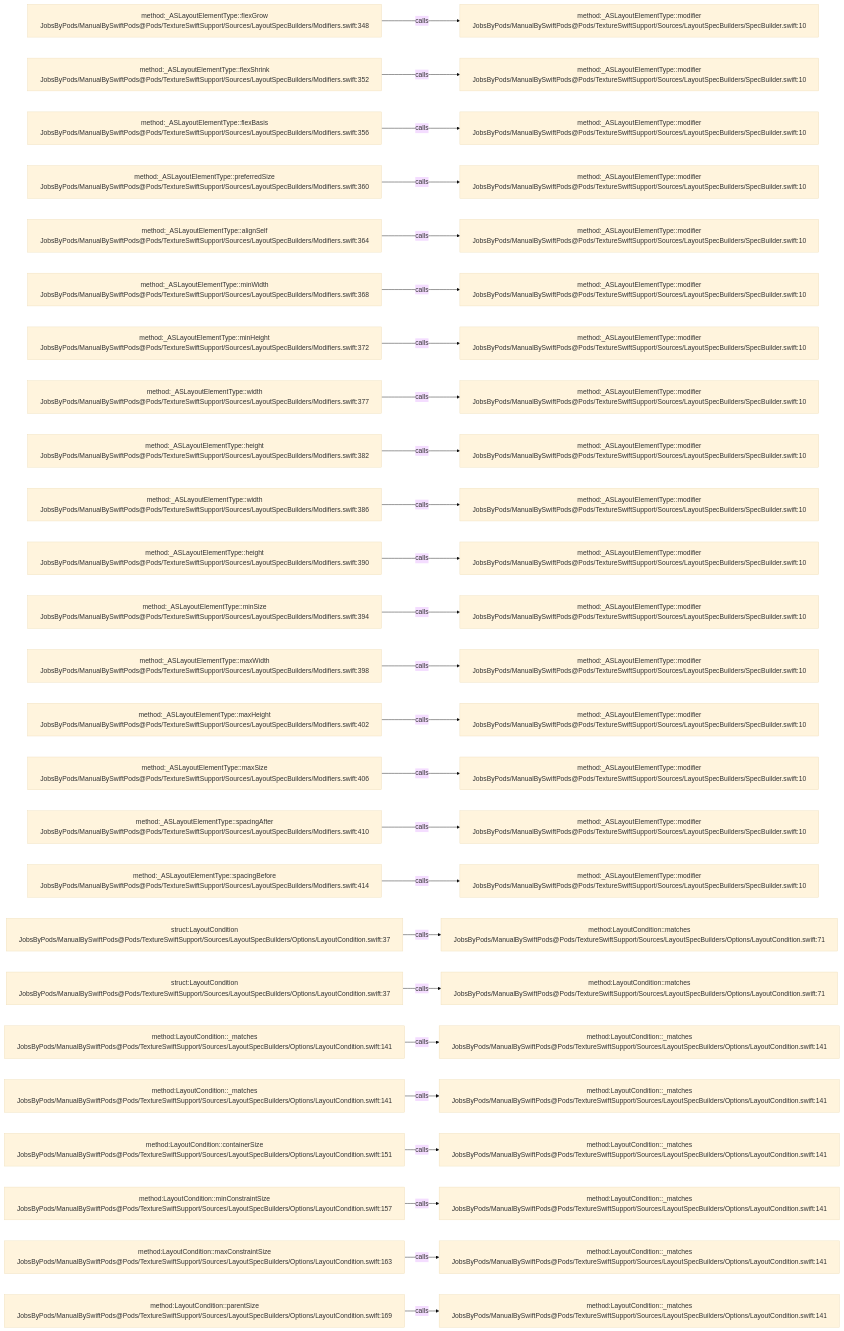
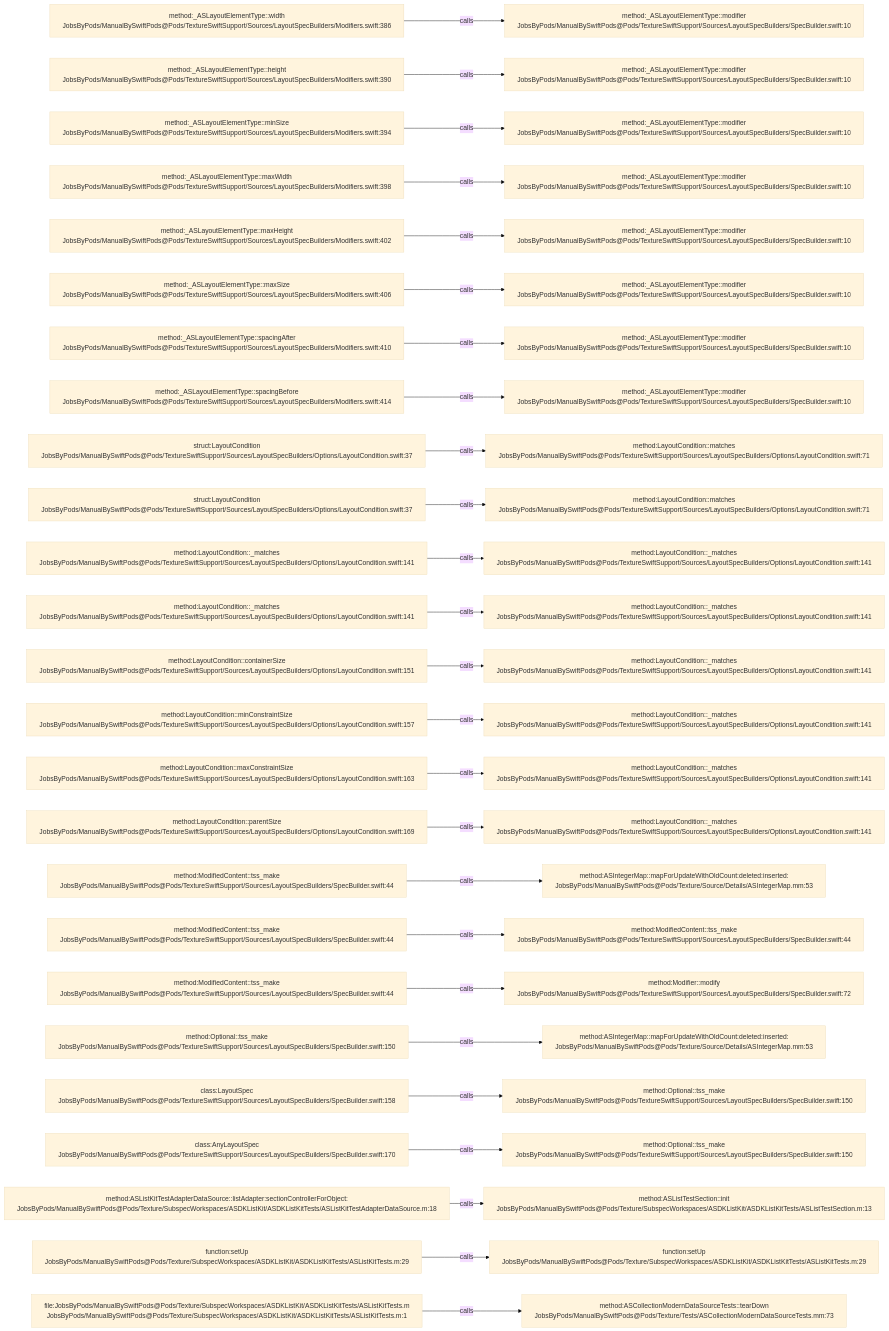
The diagram in .codegraph/codegraph.md/graphs/calls-159.md (JobsKits/JobsSwiftBaseConfigDemo), drawn with Mermaid (base theme) before and after one commit. The commit also changed 707 other files, not shown here.

````diff
--- a/.codegraph/codegraph.md/graphs/calls-159.md
+++ b/.codegraph/codegraph.md/graphs/calls-159.md
@@ -13,78 +13,78 @@
 ```mermaid
 flowchart LR
-  S1["method:_ASLayoutElementType::flexGrow<br/>JobsByPods/ManualBySwiftPods@Pods/TextureSwiftSupport/Sources/LayoutSpecBuilders/Modifiers.swift:348"]
+  S1["method:_ASLayoutElementType::width<br/>JobsByPods/ManualBySwiftPods@Pods/TextureSwiftSupport/Sources/LayoutSpecBuilders/Modifiers.swift:386"]
   T1["method:_ASLayoutElementType::modifier<br/>JobsByPods/ManualBySwiftPods@Pods/TextureSwiftSupport/Sources/LayoutSpecBuilders/SpecBuilder.swift:10"]
   S1 -->|calls| T1
-  S2["method:_ASLayoutElementType::flexShrink<br/>JobsByPods/ManualBySwiftPods@Pods/TextureSwiftSupport/Sources/LayoutSpecBuilders/Modifiers.swift:352"]
+  S2["method:_ASLayoutElementType::height<br/>JobsByPods/ManualBySwiftPods@Pods/TextureSwiftSupport/Sources/LayoutSpecBuilders/Modifiers.swift:390"]
   T2["method:_ASLayoutElementType::modifier<br/>JobsByPods/ManualBySwiftPods@Pods/TextureSwiftSupport/Sources/LayoutSpecBuilders/SpecBuilder.swift:10"]
   S2 -->|calls| T2
-  S3["method:_ASLayoutElementType::flexBasis<br/>JobsByPods/ManualBySwiftPods@Pods/TextureSwiftSupport/Sources/LayoutSpecBuilders/Modifiers.swift:356"]
+  S3["method:_ASLayoutElementType::minSize<br/>JobsByPods/ManualBySwiftPods@Pods/TextureSwiftSupport/Sources/LayoutSpecBuilders/Modifiers.swift:394"]
   T3["method:_ASLayoutElementType::modifier<br/>JobsByPods/ManualBySwiftPods@Pods/TextureSwiftSupport/Sources/LayoutSpecBuilders/SpecBuilder.swift:10"]
   S3 -->|calls| T3
-  S4["method:_ASLayoutElementType::preferredSize<br/>JobsByPods/ManualBySwiftPods@Pods/TextureSwiftSupport/Sources/LayoutSpecBuilders/Modifiers.swift:360"]
+  S4["method:_ASLayoutElementType::maxWidth<br/>JobsByPods/ManualBySwiftPods@Pods/TextureSwiftSupport/Sources/LayoutSpecBuilders/Modifiers.swift:398"]
   T4["method:_ASLayoutElementType::modifier<br/>JobsByPods/ManualBySwiftPods@Pods/TextureSwiftSupport/Sources/LayoutSpecBuilders/SpecBuilder.swift:10"]
   S4 -->|calls| T4
-  S5["method:_ASLayoutElementType::alignSelf<br/>JobsByPods/ManualBySwiftPods@Pods/TextureSwiftSupport/Sources/LayoutSpecBuilders/Modifiers.swift:364"]
+  S5["method:_ASLayoutElementType::maxHeight<br/>JobsByPods/ManualBySwiftPods@Pods/TextureSwiftSupport/Sources/LayoutSpecBuilders/Modifiers.swift:402"]
   T5["method:_ASLayoutElementType::modifier<br/>JobsByPods/ManualBySwiftPods@Pods/TextureSwiftSupport/Sources/LayoutSpecBuilders/SpecBuilder.swift:10"]
   S5 -->|calls| T5
-  S6["method:_ASLayoutElementType::minWidth<br/>JobsByPods/ManualBySwiftPods@Pods/TextureSwiftSupport/Sources/LayoutSpecBuilders/Modifiers.swift:368"]
+  S6["method:_ASLayoutElementType::maxSize<br/>JobsByPods/ManualBySwiftPods@Pods/TextureSwiftSupport/Sources/LayoutSpecBuilders/Modifiers.swift:406"]
   T6["method:_ASLayoutElementType::modifier<br/>JobsByPods/ManualBySwiftPods@Pods/TextureSwiftSupport/Sources/LayoutSpecBuilders/SpecBuilder.swift:10"]
   S6 -->|calls| T6
-  S7["method:_ASLayoutElementType::minHeight<br/>JobsByPods/ManualBySwiftPods@Pods/TextureSwiftSupport/Sources/LayoutSpecBuilders/Modifiers.swift:372"]
+  S7["method:_ASLayoutElementType::spacingAfter<br/>JobsByPods/ManualBySwiftPods@Pods/TextureSwiftSupport/Sources/LayoutSpecBuilders/Modifiers.swift:410"]
   T7["method:_ASLayoutElementType::modifier<br/>JobsByPods/ManualBySwiftPods@Pods/TextureSwiftSupport/Sources/LayoutSpecBuilders/SpecBuilder.swift:10"]
   S7 -->|calls| T7
-  S8["method:_ASLayoutElementType::width<br/>JobsByPods/ManualBySwiftPods@Pods/TextureSwiftSupport/Sources/LayoutSpecBuilders/Modifiers.swift:377"]
+  S8["method:_ASLayoutElementType::spacingBefore<br/>JobsByPods/ManualBySwiftPods@Pods/TextureSwiftSupport/Sources/LayoutSpecBuilders/Modifiers.swift:414"]
   T8["method:_ASLayoutElementType::modifier<br/>JobsByPods/ManualBySwiftPods@Pods/TextureSwiftSupport/Sources/LayoutSpecBuilders/SpecBuilder.swift:10"]
   S8 -->|calls| T8
-  S9["method:_ASLayoutElementType::height<br/>JobsByPods/ManualBySwiftPods@Pods/TextureSwiftSupport/Sources/LayoutSpecBuilders/Modifiers.swift:382"]
-  T9["method:_ASLayoutElementType::modifier<br/>JobsByPods/ManualBySwiftPods@Pods/TextureSwiftSupport/Sources/LayoutSpecBuilders/SpecBuilder.swift:10"]
+  S9["struct:LayoutCondition<br/>JobsByPods/ManualBySwiftPods@Pods/TextureSwiftSupport/Sources/LayoutSpecBuilders/Options/LayoutCondition.swift:37"]
+  T9["method:LayoutCondition::matches<br/>JobsByPods/ManualBySwiftPods@Pods/TextureSwiftSupport/Sources/LayoutSpecBuilders/Options/LayoutCondition.swift:71"]
   S9 -->|calls| T9
-  S10["method:_ASLayoutElementType::width<br/>JobsByPods/ManualBySwiftPods@Pods/TextureSwiftSupport/Sources/LayoutSpecBuilders/Modifiers.swift:386"]
-  T10["method:_ASLayoutElementType::modifier<br/>JobsByPods/ManualBySwiftPods@Pods/TextureSwiftSupport/Sources/LayoutSpecBuilders/SpecBuilder.swift:10"]
+  S10["struct:LayoutCondition<br/>JobsByPods/ManualBySwiftPods@Pods/TextureSwiftSupport/Sources/LayoutSpecBuilders/Options/LayoutCondition.swift:37"]
+  T10["method:LayoutCondition::matches<br/>JobsByPods/ManualBySwiftPods@Pods/TextureSwiftSupport/Sources/LayoutSpecBuilders/Options/LayoutCondition.swift:71"]
   S10 -->|calls| T10
-  S11["method:_ASLayoutElementType::height<br/>JobsByPods/ManualBySwiftPods@Pods/TextureSwiftSupport/Sources/LayoutSpecBuilders/Modifiers.swift:390"]
-  T11["method:_ASLayoutElementType::modifier<br/>JobsByPods/ManualBySwiftPods@Pods/TextureSwiftSupport/Sources/LayoutSpecBuilders/SpecBuilder.swift:10"]
+  S11["method:LayoutCondition::_matches<br/>JobsByPods/ManualBySwiftPods@Pods/TextureSwiftSupport/Sources/LayoutSpecBuilders/Options/LayoutCondition.swift:141"]
+  T11["method:LayoutCondition::_matches<br/>JobsByPods/ManualBySwiftPods@Pods/TextureSwiftSupport/Sources/LayoutSpecBuilders/Options/LayoutCondition.swift:141"]
   S11 -->|calls| T11
-  S12["method:_ASLayoutElementType::minSize<br/>JobsByPods/ManualBySwiftPods@Pods/TextureSwiftSupport/Sources/LayoutSpecBuilders/Modifiers.swift:394"]
-  T12["method:_ASLayoutElementType::modifier<br/>JobsByPods/ManualBySwiftPods@Pods/TextureSwiftSupport/Sources/LayoutSpecBuilders/SpecBuilder.swift:10"]
+  S12["method:LayoutCondition::_matches<br/>JobsByPods/ManualBySwiftPods@Pods/TextureSwiftSupport/Sources/LayoutSpecBuilders/Options/LayoutCondition.swift:141"]
+  T12["method:LayoutCondition::_matches<br/>JobsByPods/ManualBySwiftPods@Pods/TextureSwiftSupport/Sources/LayoutSpecBuilders/Options/LayoutCondition.swift:141"]
   S12 -->|calls| T12
-  S13["method:_ASLayoutElementType::maxWidth<br/>JobsByPods/ManualBySwiftPods@Pods/TextureSwiftSupport/Sources/LayoutSpecBuilders/Modifiers.swift:398"]
-  T13["method:_ASLayoutElementType::modifier<br/>JobsByPods/ManualBySwiftPods@Pods/TextureSwiftSupport/Sources/LayoutSpecBuilders/SpecBuilder.swift:10"]
+  S13["method:LayoutCondition::containerSize<br/>JobsByPods/ManualBySwiftPods@Pods/TextureSwiftSupport/Sources/LayoutSpecBuilders/Options/LayoutCondition.swift:151"]
+  T13["method:LayoutCondition::_matches<br/>JobsByPods/ManualBySwiftPods@Pods/TextureSwiftSupport/Sources/LayoutSpecBuilders/Options/LayoutCondition.swift:141"]
   S13 -->|calls| T13
-  S14["method:_ASLayoutElementType::maxHeight<br/>JobsByPods/ManualBySwiftPods@Pods/TextureSwiftSupport/Sources/LayoutSpecBuilders/Modifiers.swift:402"]
-  T14["method:_ASLayoutElementType::modifier<br/>JobsByPods/ManualBySwiftPods@Pods/TextureSwiftSupport/Sources/LayoutSpecBuilders/SpecBuilder.swift:10"]
+  S14["method:LayoutCondition::minConstraintSize<br/>JobsByPods/ManualBySwiftPods@Pods/TextureSwiftSupport/Sources/LayoutSpecBuilders/Options/LayoutCondition.swift:157"]
+  T14["method:LayoutCondition::_matches<br/>JobsByPods/ManualBySwiftPods@Pods/TextureSwiftSupport/Sources/LayoutSpecBuilders/Options/LayoutCondition.swift:141"]
   S14 -->|calls| T14
-  S15["method:_ASLayoutElementType::maxSize<br/>JobsByPods/ManualBySwiftPods@Pods/TextureSwiftSupport/Sources/LayoutSpecBuilders/Modifiers.swift:406"]
-  T15["method:_ASLayoutElementType::modifier<br/>JobsByPods/ManualBySwiftPods@Pods/TextureSwiftSupport/Sources/LayoutSpecBuilders/SpecBuilder.swift:10"]
+  S15["method:LayoutCondition::maxConstraintSize<br/>JobsByPods/ManualBySwiftPods@Pods/TextureSwiftSupport/Sources/LayoutSpecBuilders/Options/LayoutCondition.swift:163"]
+  T15["method:LayoutCondition::_matches<br/>JobsByPods/ManualBySwiftPods@Pods/TextureSwiftSupport/Sources/LayoutSpecBuilders/Options/LayoutCondition.swift:141"]
   S15 -->|calls| T15
-  S16["method:_ASLayoutElementType::spacingAfter<br/>JobsByPods/ManualBySwiftPods@Pods/TextureSwiftSupport/Sources/LayoutSpecBuilders/Modifiers.swift:410"]
-  T16["method:_ASLayoutElementType::modifier<br/>JobsByPods/ManualBySwiftPods@Pods/TextureSwiftSupport/Sources/LayoutSpecBuilders/SpecBuilder.swift:10"]
+  S16["method:LayoutCondition::parentSize<br/>JobsByPods/ManualBySwiftPods@Pods/TextureSwiftSupport/Sources/LayoutSpecBuilders/Options/LayoutCondition.swift:169"]
+  T16["method:LayoutCondition::_matches<br/>JobsByPods/ManualBySwiftPods@Pods/TextureSwiftSupport/Sources/LayoutSpecBuilders/Options/LayoutCondition.swift:141"]
   S16 -->|calls| T16
-  S17["method:_ASLayoutElementType::spacingBefore<br/>JobsByPods/ManualBySwiftPods@Pods/TextureSwiftSupport/Sources/LayoutSpecBuilders/Modifiers.swift:414"]
-  T17["method:_ASLayoutElementType::modifier<br/>JobsByPods/ManualBySwiftPods@Pods/TextureSwiftSupport/Sources/LayoutSpecBuilders/SpecBuilder.swift:10"]
+  S17["method:ModifiedContent::tss_make<br/>JobsByPods/ManualBySwiftPods@Pods/TextureSwiftSupport/Sources/LayoutSpecBuilders/SpecBuilder.swift:44"]
+  T17["method:ASIntegerMap::mapForUpdateWithOldCount:deleted:inserted:<br/>JobsByPods/ManualBySwiftPods@Pods/Texture/Source/Details/ASIntegerMap.mm:53"]
   S17 -->|calls| T17
-  S18["struct:LayoutCondition<br/>JobsByPods/ManualBySwiftPods@Pods/TextureSwiftSupport/Sources/LayoutSpecBuilders/Options/LayoutCondition.swift:37"]
-  T18["method:LayoutCondition::matches<br/>JobsByPods/ManualBySwiftPods@Pods/TextureSwiftSupport/Sources/LayoutSpecBuilders/Options/LayoutCondition.swift:71"]
+  S18["method:ModifiedContent::tss_make<br/>JobsByPods/ManualBySwiftPods@Pods/TextureSwiftSupport/Sources/LayoutSpecBuilders/SpecBuilder.swift:44"]
+  T18["method:ModifiedContent::tss_make<br/>JobsByPods/ManualBySwiftPods@Pods/TextureSwiftSupport/Sources/LayoutSpecBuilders/SpecBuilder.swift:44"]
   S18 -->|calls| T18
-  S19["struct:LayoutCondition<br/>JobsByPods/ManualBySwiftPods@Pods/TextureSwiftSupport/Sources/LayoutSpecBuilders/Options/LayoutCondition.swift:37"]
-  T19["method:LayoutCondition::matches<br/>JobsByPods/ManualBySwiftPods@Pods/TextureSwiftSupport/Sources/LayoutSpecBuilders/Options/LayoutCondition.swift:71"]
+  S19["method:ModifiedContent::tss_make<br/>JobsByPods/ManualBySwiftPods@Pods/TextureSwiftSupport/Sources/LayoutSpecBuilders/SpecBuilder.swift:44"]
+  T19["method:Modifier::modify<br/>JobsByPods/ManualBySwiftPods@Pods/TextureSwiftSupport/Sources/LayoutSpecBuilders/SpecBuilder.swift:72"]
   S19 -->|calls| T19
-  S20["method:LayoutCondition::_matches<br/>JobsByPods/ManualBySwiftPods@Pods/TextureSwiftSupport/Sources/LayoutSpecBuilders/Options/LayoutCondition.swift:141"]
-  T20["method:LayoutCondition::_matches<br/>JobsByPods/ManualBySwiftPods@Pods/TextureSwiftSupport/Sources/LayoutSpecBuilders/Options/LayoutCondition.swift:141"]
+  S20["method:Optional::tss_make<br/>JobsByPods/ManualBySwiftPods@Pods/TextureSwiftSupport/Sources/LayoutSpecBuilders/SpecBuilder.swift:150"]
+  T20["method:ASIntegerMap::mapForUpdateWithOldCount:deleted:inserted:<br/>JobsByPods/ManualBySwiftPods@Pods/Texture/Source/Details/ASIntegerMap.mm:53"]
   S20 -->|calls| T20
-  S21["method:LayoutCondition::_matches<br/>JobsByPods/ManualBySwiftPods@Pods/TextureSwiftSupport/Sources/LayoutSpecBuilders/Options/LayoutCondition.swift:141"]
-  T21["method:LayoutCondition::_matches<br/>JobsByPods/ManualBySwiftPods@Pods/TextureSwiftSupport/Sources/LayoutSpecBuilders/Options/LayoutCondition.swift:141"]
+  S21["class:LayoutSpec<br/>JobsByPods/ManualBySwiftPods@Pods/TextureSwiftSupport/Sources/LayoutSpecBuilders/SpecBuilder.swift:158"]
+  T21["method:Optional::tss_make<br/>JobsByPods/ManualBySwiftPods@Pods/TextureSwiftSupport/Sources/LayoutSpecBuilders/SpecBuilder.swift:150"]
   S21 -->|calls| T21
-  S22["method:LayoutCondition::containerSize<br/>JobsByPods/ManualBySwiftPods@Pods/TextureSwiftSupport/Sources/LayoutSpecBuilders/Options/LayoutCondition.swift:151"]
-  T22["method:LayoutCondition::_matches<br/>JobsByPods/ManualBySwiftPods@Pods/TextureSwiftSupport/Sources/LayoutSpecBuilders/Options/LayoutCondition.swift:141"]
+  S22["class:AnyLayoutSpec<br/>JobsByPods/ManualBySwiftPods@Pods/TextureSwiftSupport/Sources/LayoutSpecBuilders/SpecBuilder.swift:170"]
+  T22["method:Optional::tss_make<br/>JobsByPods/ManualBySwiftPods@Pods/TextureSwiftSupport/Sources/LayoutSpecBuilders/SpecBuilder.swift:150"]
   S22 -->|calls| T22
-  S23["method:LayoutCondition::minConstraintSize<br/>JobsByPods/ManualBySwiftPods@Pods/TextureSwiftSupport/Sources/LayoutSpecBuilders/Options/LayoutCondition.swift:157"]
-  T23["method:LayoutCondition::_matches<br/>JobsByPods/ManualBySwiftPods@Pods/TextureSwiftSupport/Sources/LayoutSpecBuilders/Options/LayoutCondition.swift:141"]
+  S23["method:ASListKitTestAdapterDataSource::listAdapter:sectionControllerForObject:<br/>JobsByPods/ManualBySwiftPods@Pods/Texture/SubspecWorkspaces/ASDKListKit/ASDKListKitTests/ASListKitTestAdapterDataSource.m:18"]
+  T23["method:ASListTestSection::init<br/>JobsByPods/ManualBySwiftPods@Pods/Texture/SubspecWorkspaces/ASDKListKit/ASDKListKitTests/ASListTestSection.m:13"]
   S23 -->|calls| T23
-  S24["method:LayoutCondition::maxConstraintSize<br/>JobsByPods/ManualBySwiftPods@Pods/TextureSwiftSupport/Sources/LayoutSpecBuilders/Options/LayoutCondition.swift:163"]
-  T24["method:LayoutCondition::_matches<br/>JobsByPods/ManualBySwiftPods@Pods/TextureSwiftSupport/Sources/LayoutSpecBuilders/Options/LayoutCondition.swift:141"]
+  S24["function:setUp<br/>JobsByPods/ManualBySwiftPods@Pods/Texture/SubspecWorkspaces/ASDKListKit/ASDKListKitTests/ASListKitTests.m:29"]
+  T24["function:setUp<br/>JobsByPods/ManualBySwiftPods@Pods/Texture/SubspecWorkspaces/ASDKListKit/ASDKListKitTests/ASListKitTests.m:29"]
   S24 -->|calls| T24
-  S25["method:LayoutCondition::parentSize<br/>JobsByPods/ManualBySwiftPods@Pods/TextureSwiftSupport/Sources/LayoutSpecBuilders/Options/LayoutCondition.swift:169"]
-  T25["method:LayoutCondition::_matches<br/>JobsByPods/ManualBySwiftPods@Pods/TextureSwiftSupport/Sources/LayoutSpecBuilders/Options/LayoutCondition.swift:141"]
+  S25["file:JobsByPods/ManualBySwiftPods@Pods/Texture/SubspecWorkspaces/ASDKListKit/ASDKListKitTests/ASListKitTests.m<br/>JobsByPods/ManualBySwiftPods@Pods/Texture/SubspecWorkspaces/ASDKListKit/ASDKListKitTests/ASListKitTests.m:1"]
+  T25["method:ASCollectionModernDataSourceTests::tearDown<br/>JobsByPods/ManualBySwiftPods@Pods/Texture/Tests/ASCollectionModernDataSourceTests.mm:73"]
   S25 -->|calls| T25
 ```
````
